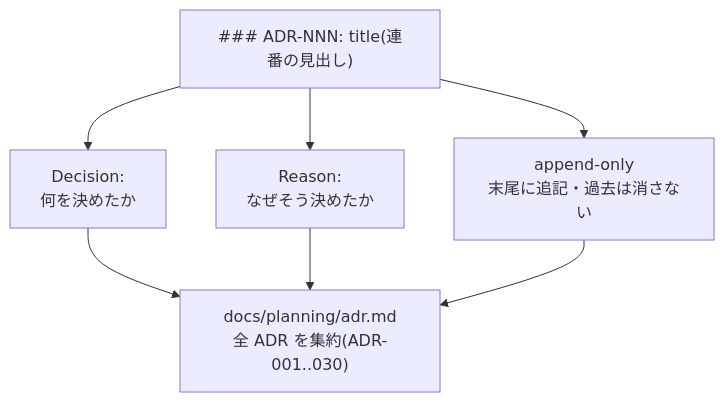
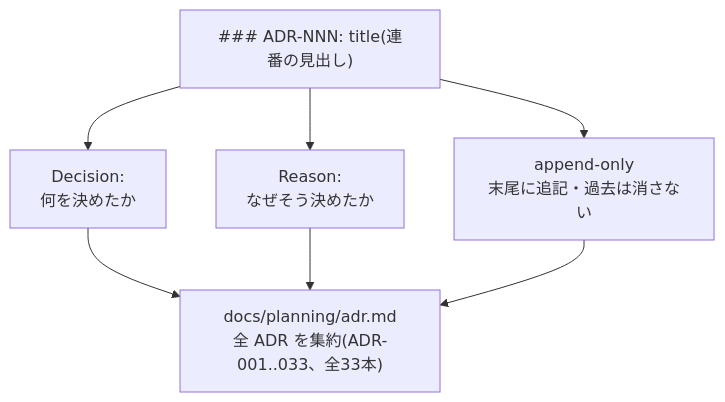
One commit to nishiog/7mimi-agent changed the sixth of 8 diagrams in docs/book/polyglot-adr-guide.md. Above: the diagram before and after it, drawn with Mermaid. The commit also changed other lines of this file and 8 other files, not shown here.

````diff
--- a/docs/book/polyglot-adr-guide.md
+++ b/docs/book/polyglot-adr-guide.md
@@ -340,10 +340,10 @@
 ```mermaid
 flowchart TB
   H["### ADR-NNN: title(連番の見出し)"]
   H --> D["Decision:<br/>何を決めたか"]
   H --> R["Reason:<br/>なぜそう決めたか"]
   H --> A["append-only<br/>末尾に追記・過去は消さない"]
-  D --> ADRMD["docs/planning/adr.md<br/>全 ADR を集約(ADR-001..030)"]
+  D --> ADRMD["docs/planning/adr.md<br/>全 ADR を集約(ADR-001..033、全33本)"]
   R --> ADRMD
   A --> ADRMD
 ```
````
